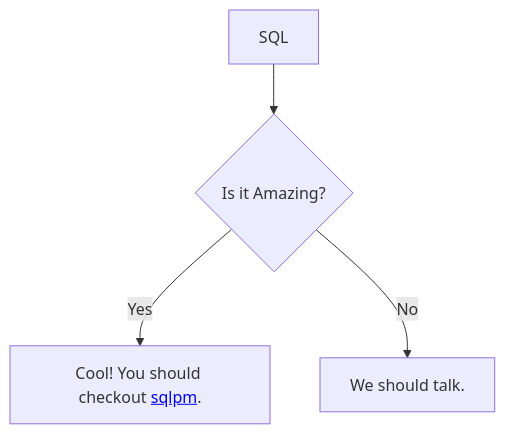
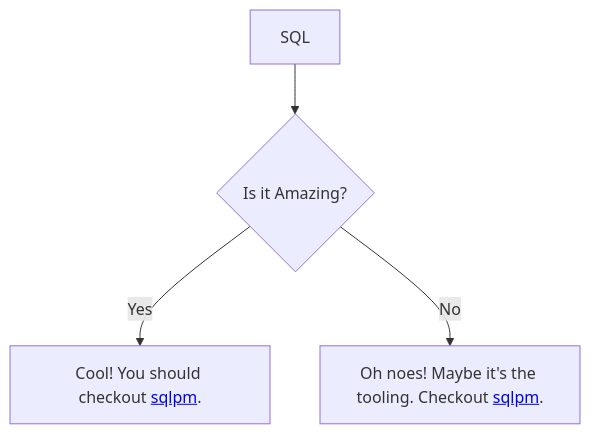
Before and after one commit to erichosick/erichosick: the diagram in README.md, drawn with Mermaid.

````diff
--- a/README.md
+++ b/README.md
@@ -3,6 +3,6 @@
 ```mermaid
-  graph TD;
-    A[SQL]-->B{Is it Amazing?};
-    B -- Yes -->C[Cool! You should checkout <a href='https://github.com/erichosick/sqlpm/tree/main/packages/sqlpm'>sqlpm</a>.];
-    B -- No --> D[We should talk.];
+graph TD;
+  A[SQL]-->B{Is it Amazing?};
+  B -- Yes -->C[Cool! You should checkout <a href='https://github.com/erichosick/sqlpm/tree/main/packages/sqlpm'>sqlpm</a>.];
+  B -- No --> D[Oh noes! Maybe it's the tooling. Checkout <a href='https://github.com/erichosick/sqlpm/tree/main/packages/sqlpm'>sqlpm</a>.];
 ```
````
